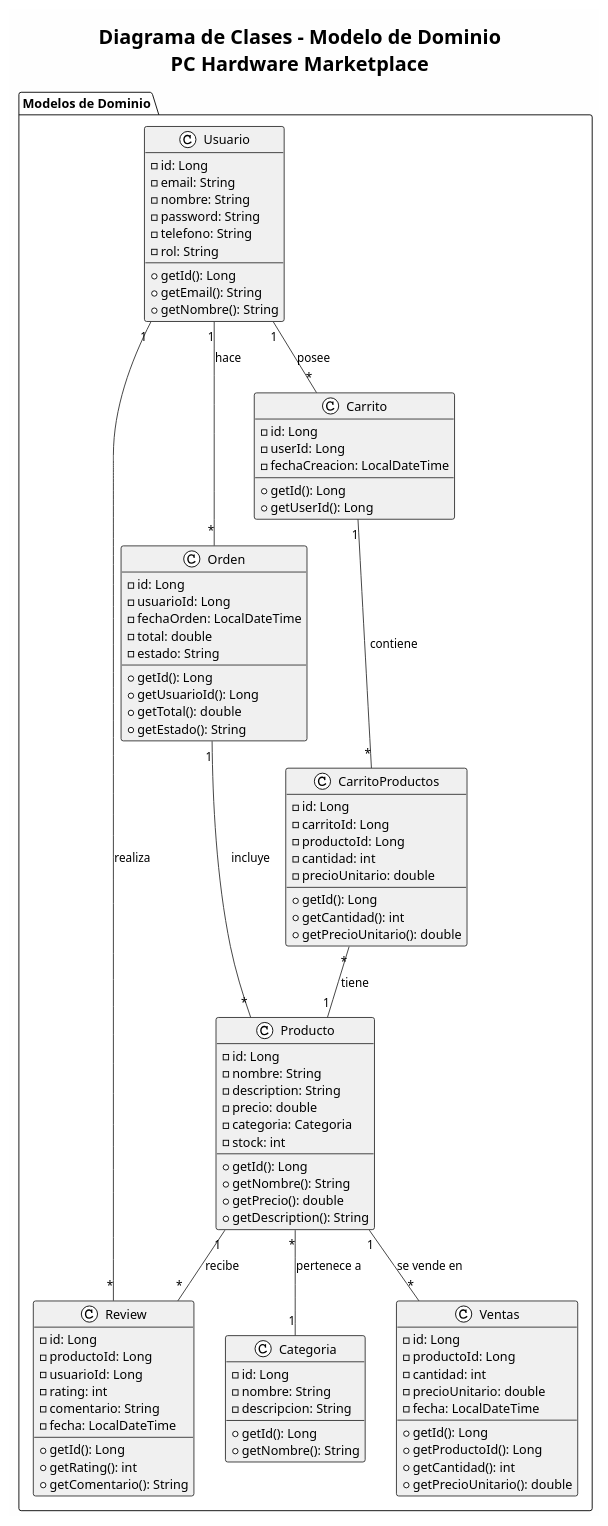
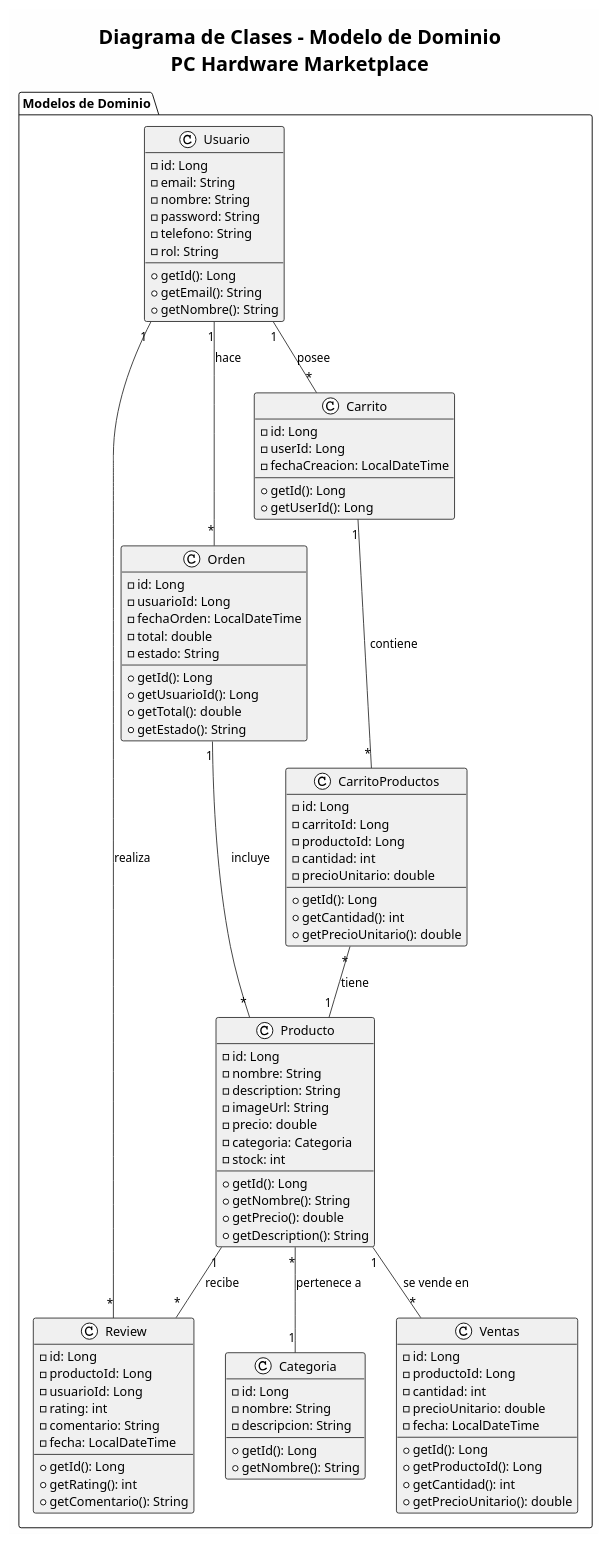
Before and after one commit to Renii5/ApliInteractivas-TP: the diagram in docs/DiagramaClases_Dominio.puml, drawn with PlantUML. The commit also changed 14 other files, not shown here.

```diff
--- a/docs/DiagramaClases_Dominio.puml
+++ b/docs/DiagramaClases_Dominio.puml
@@ -1,127 +1,128 @@
 @startuml DiagramaClases_Dominio
 !theme plain
 skinparam backgroundColor #FEFEFE
 skinparam classBackgroundColor #F0F0F0
 skinparam classBorderColor #333333
 skinparam arrowColor #333333
 
 title
 Diagrama de Clases - Modelo de Dominio
 PC Hardware Marketplace
 end title
 
 package "Modelos de Dominio" {
 
     class Usuario {
         -id: Long
         -email: String
         -nombre: String
         -password: String
         -telefono: String
         -rol: String
         --
         +getId(): Long
         +getEmail(): String
         +getNombre(): String
     }
 
     class Producto {
         -id: Long
         -nombre: String
         -description: String
+        -imageUrl: String
         -precio: double
         -categoria: Categoria
         -stock: int
         --
         +getId(): Long
         +getNombre(): String
         +getPrecio(): double
         +getDescription(): String
     }
 
     class Categoria {
         -id: Long
         -nombre: String
         -descripcion: String
         --
         +getId(): Long
         +getNombre(): String
     }
 
     class Carrito {
         -id: Long
         -userId: Long
         -fechaCreacion: LocalDateTime
         --
         +getId(): Long
         +getUserId(): Long
     }
 
     class CarritoProductos {
         -id: Long
         -carritoId: Long
         -productoId: Long
         -cantidad: int
         -precioUnitario: double
         --
         +getId(): Long
         +getCantidad(): int
         +getPrecioUnitario(): double
     }
 
     class Ventas {
         -id: Long
         -productoId: Long
         -cantidad: int
         -precioUnitario: double
         -fecha: LocalDateTime
         --
         +getId(): Long
         +getProductoId(): Long
         +getCantidad(): int
         +getPrecioUnitario(): double
     }
 
     class Review {
         -id: Long
         -productoId: Long
         -usuarioId: Long
         -rating: int
         -comentario: String
         -fecha: LocalDateTime
         --
         +getId(): Long
         +getRating(): int
         +getComentario(): String
     }
 
     class Orden {
         -id: Long
         -usuarioId: Long
         -fechaOrden: LocalDateTime
         -total: double
         -estado: String
         --
         +getId(): Long
         +getUsuarioId(): Long
         +getTotal(): double
         +getEstado(): String
     }
 
 }
 
 ' Relaciones
 Usuario "1" -- "*" Carrito : posee
 Usuario "1" -- "*" Review : realiza
 Usuario "1" -- "*" Orden : hace
 
 Carrito "1" -- "*" CarritoProductos : contiene
 CarritoProductos "*" -- "1" Producto : tiene
 
 Producto "1" -- "*" Ventas : se vende en
 Producto "1" -- "*" Review : recibe
 Producto "*" -- "1" Categoria : pertenece a
 
 Orden "1" -- "*" Producto : incluye
 
 @enduml
```
